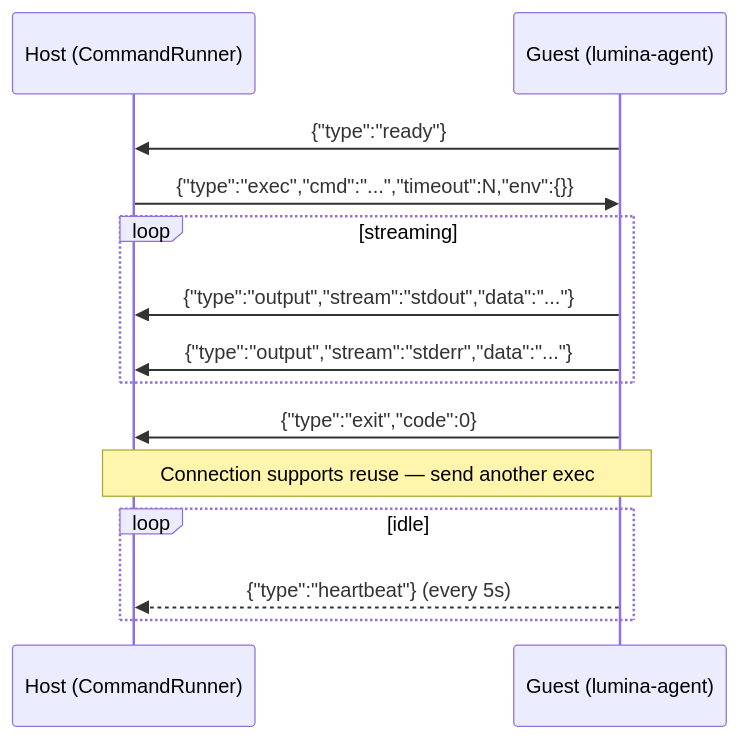
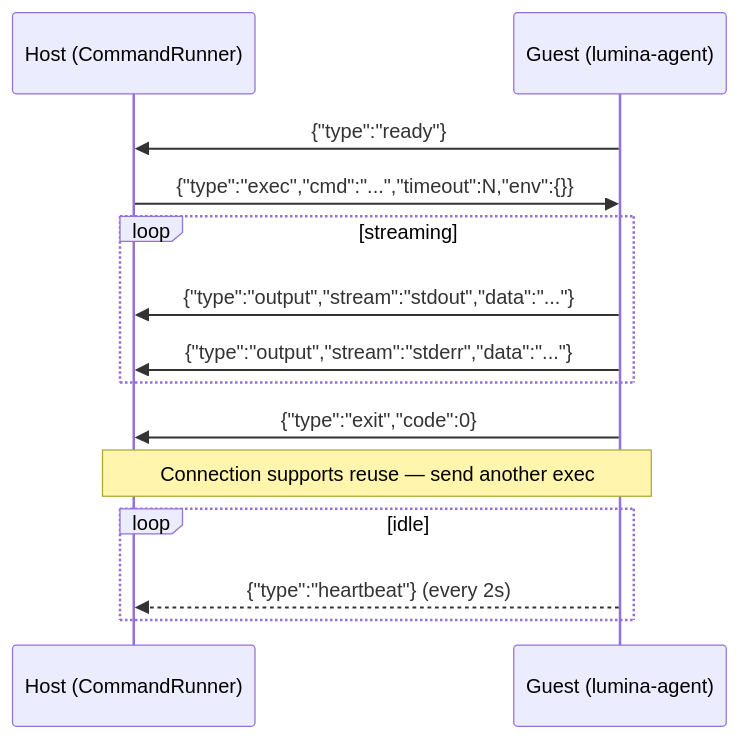
Before and after one commit to abdul-abdi/lumina: the third of 3 diagrams in README.md, drawn with Mermaid.

Commit message:
docs: fix stale heartbeat interval in protocol diagram (5s → 2s)

````diff
--- a/README.md
+++ b/README.md
@@ -418,17 +418,17 @@
 ```mermaid
 sequenceDiagram
     participant H as Host (CommandRunner)
     participant G as Guest (lumina-agent)
 
     G->>H: {"type":"ready"}
     H->>G: {"type":"exec","cmd":"...","timeout":N,"env":{}}
     loop streaming
         G->>H: {"type":"output","stream":"stdout","data":"..."}
         G->>H: {"type":"output","stream":"stderr","data":"..."}
     end
     G->>H: {"type":"exit","code":0}
     Note over G,H: Connection supports reuse — send another exec
     loop idle
-        G-->>H: {"type":"heartbeat"} (every 5s)
+        G-->>H: {"type":"heartbeat"} (every 2s)
     end
 ```
````
